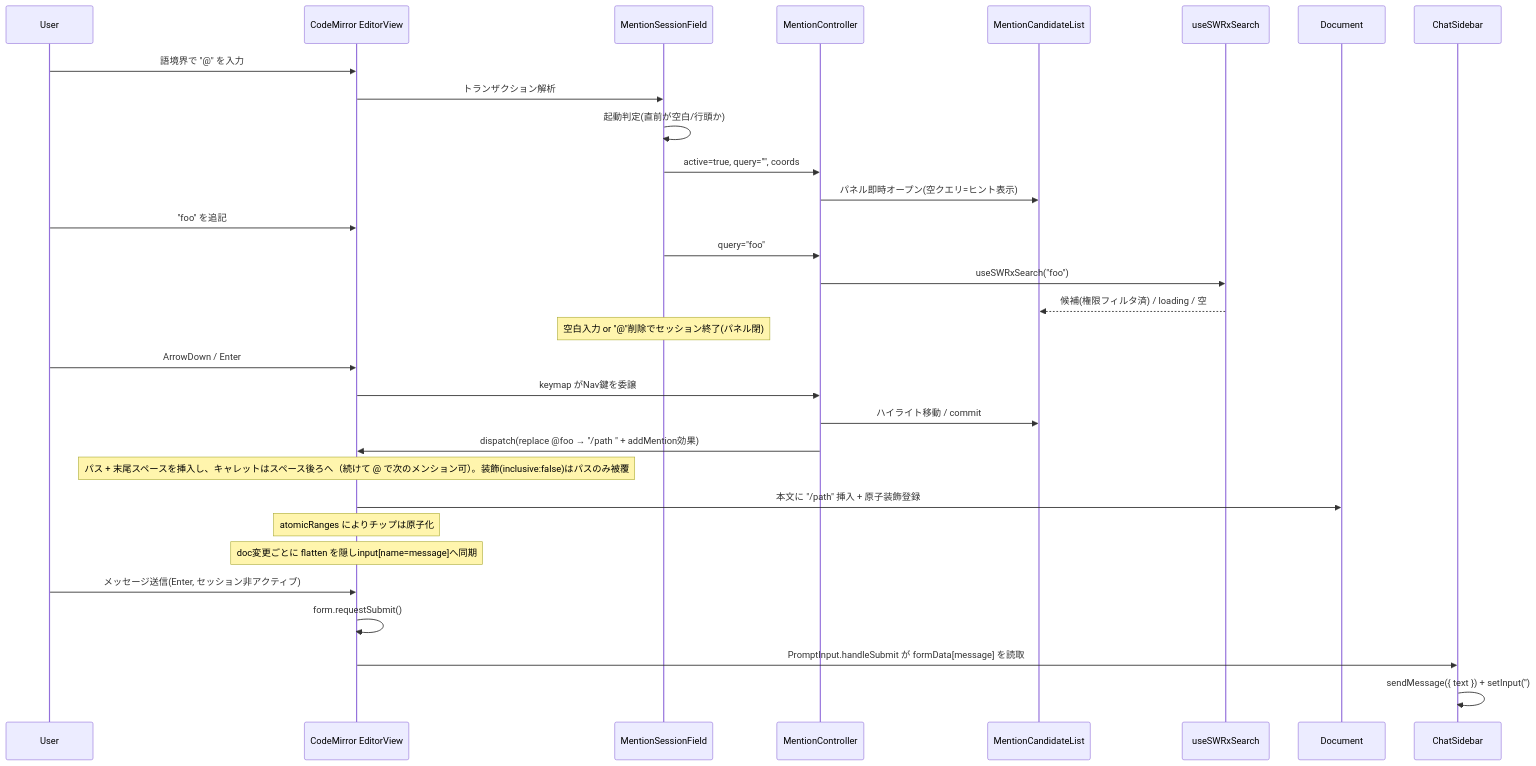
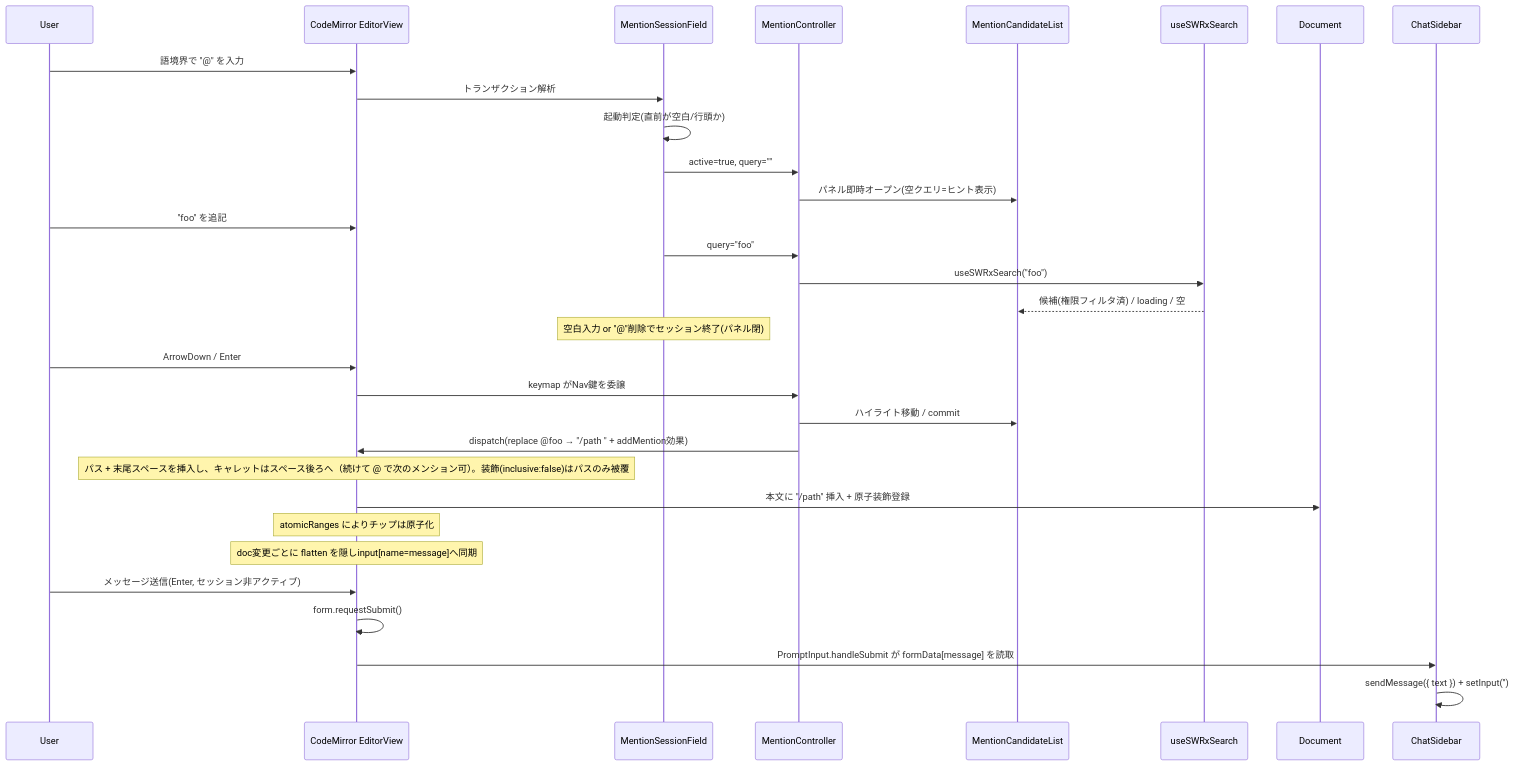
One commit to growilabs/growi changed the second of 2 diagrams in .kiro/specs/ai-chat-page-mention/design.md. Above: the diagram before and after it, drawn with Mermaid. The commit also changed other lines of this file and 3 other files, not shown here.

Commit message:
feat(PageMentionInput): remove unused coords from MentionController and related components

````diff
--- a/.kiro/specs/ai-chat-page-mention/design.md
+++ b/.kiro/specs/ai-chat-page-mention/design.md
@@ -138,33 +138,33 @@
 ```mermaid
 sequenceDiagram
     participant User
     participant Editor as CodeMirror EditorView
     participant Session as MentionSessionField
     participant Controller as MentionController
     participant List as MentionCandidateList
     participant Search as useSWRxSearch
     participant Doc as Document
 
     User->>Editor: 語境界で "@" を入力
     Editor->>Session: トランザクション解析
     Session->>Session: 起動判定(直前が空白/行頭か)
-    Session->>Controller: active=true, query="", coords
+    Session->>Controller: active=true, query=""
     Controller->>List: パネル即時オープン(空クエリ=ヒント表示)
     User->>Editor: "foo" を追記
     Session->>Controller: query="foo"
     Controller->>Search: useSWRxSearch("foo")
     Search-->>List: 候補(権限フィルタ済) / loading / 空
     Note over Session: 空白入力 or "@"削除でセッション終了(パネル閉)
     User->>Editor: ArrowDown / Enter
     Editor->>Controller: keymap がNav鍵を委譲
     Controller->>List: ハイライト移動 / commit
     Controller->>Editor: dispatch(replace @foo → "/path " + addMention効果)
     Note over Editor: パス + 末尾スペースを挿入し、キャレットはスペース後ろへ（続けて @ で次のメンション可）。装飾(inclusive:false)はパスのみ被覆
     Editor->>Doc: 本文に "/path" 挿入 + 原子装飾登録
     Note over Editor: atomicRanges によりチップは原子化
     Note over Editor: doc変更ごとに flatten を隠しinput[name=message]へ同期
     User->>Editor: メッセージ送信(Enter, セッション非アクティブ)
     Editor->>Editor: form.requestSubmit()
     Editor->>ChatSidebar: PromptInput.handleSubmit が formData[message] を読取
     ChatSidebar->>ChatSidebar: sendMessage({ text }) + setInput('')
 ```
````
